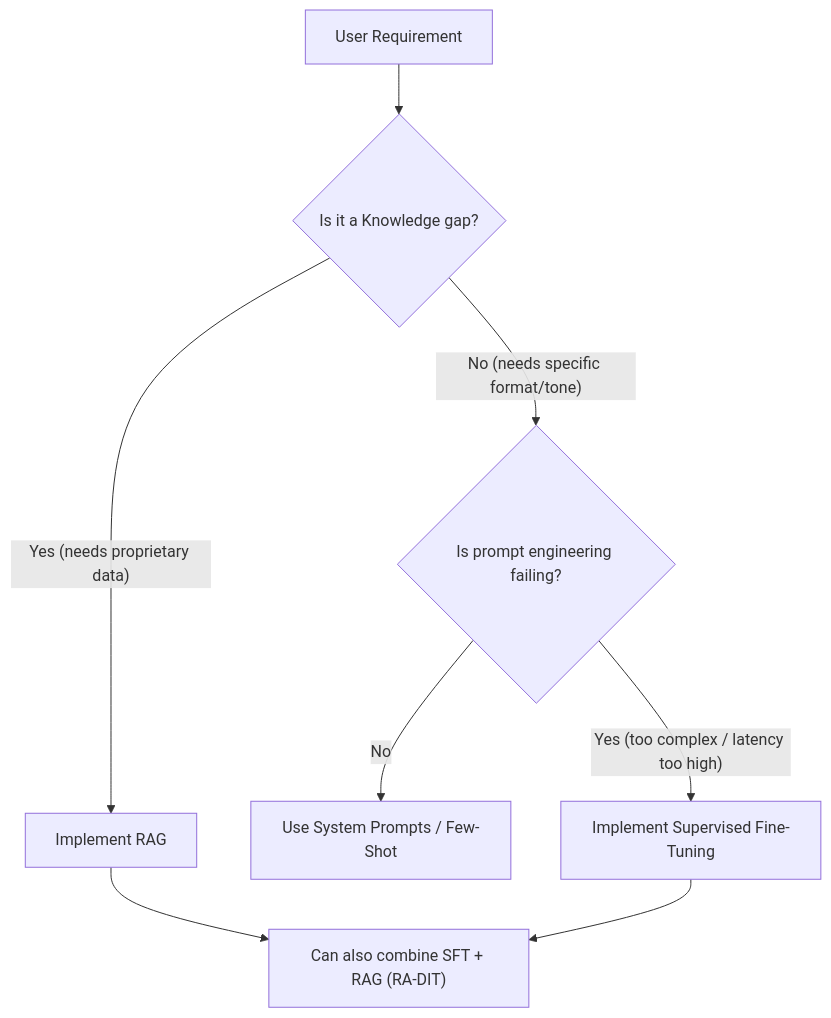
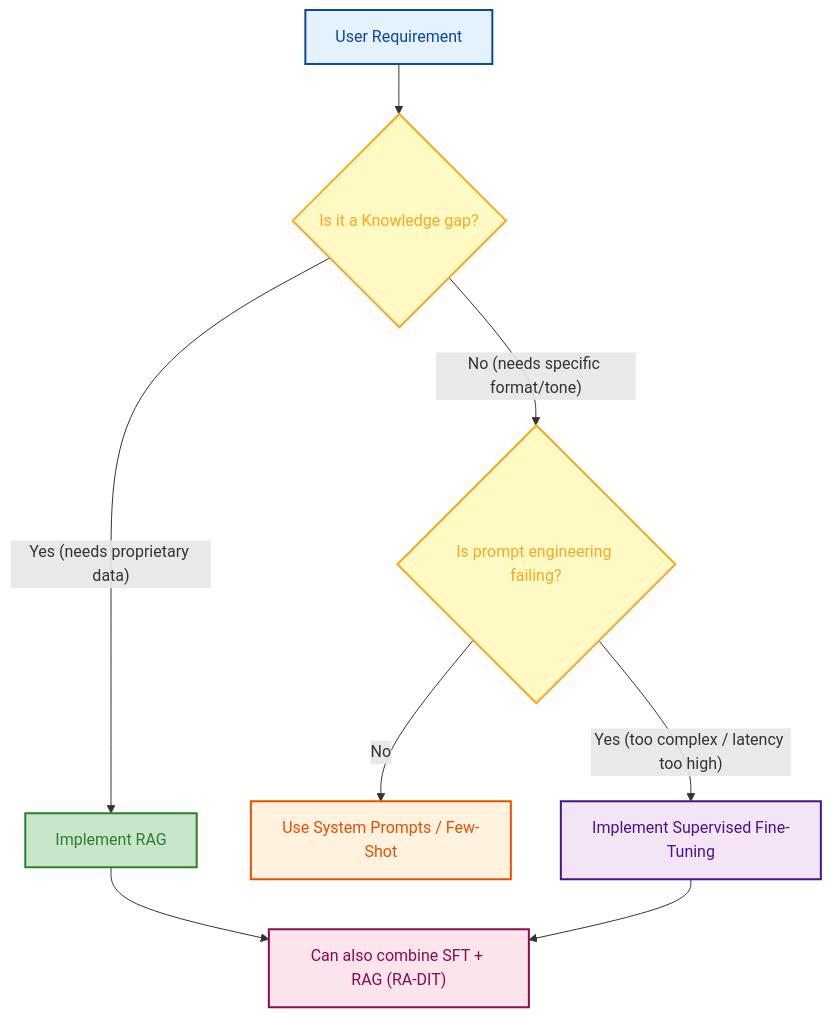
Before and after one commit to GyanendraChaubey/AI-Engineering-Notes: the first of 2 diagrams in docs/08-fine-tuning/README.md, drawn with Mermaid. The commit also changed other lines of this file and 15 other files, not shown here.

Commit message:
style: apply light color palette to remaining Mermaid diagrams (docs 15 & 16)

````diff
--- a/docs/08-fine-tuning/README.md
+++ b/docs/08-fine-tuning/README.md
@@ -19,15 +19,22 @@
 ```mermaid
 flowchart TD
     A["User Requirement"] --> B{"Is it a Knowledge gap?"}
     
     B -->|"Yes (needs proprietary data)"| C["Implement RAG"]
     
     B -->|"No (needs specific format/tone)"| D{"Is prompt engineering failing?"}
     
     D -->|"No"| E["Use System Prompts / Few-Shot"]
     
     D -->|"Yes (too complex / latency too high)"| F["Implement Supervised Fine-Tuning"]
     
     C --> G["Can also combine SFT + RAG (RA-DIT)"]
     F --> G
+    style A fill:#e3f2fd,stroke:#0d47a1,stroke-width:2px,color:#0d47a1
+    style B fill:#fff9c4,stroke:#f9a825,stroke-width:2px,color:#f9a825
+    style C fill:#c8e6c9,stroke:#2e7d32,stroke-width:2px,color:#2e7d32
+    style D fill:#fff9c4,stroke:#f9a825,stroke-width:2px,color:#f9a825
+    style E fill:#fff3e0,stroke:#e65100,stroke-width:2px,color:#e65100
+    style F fill:#f3e5f5,stroke:#4a148c,stroke-width:2px,color:#4a148c
+    style G fill:#fce4ec,stroke:#880e4f,stroke-width:2px,color:#880e4f
 ```
````
